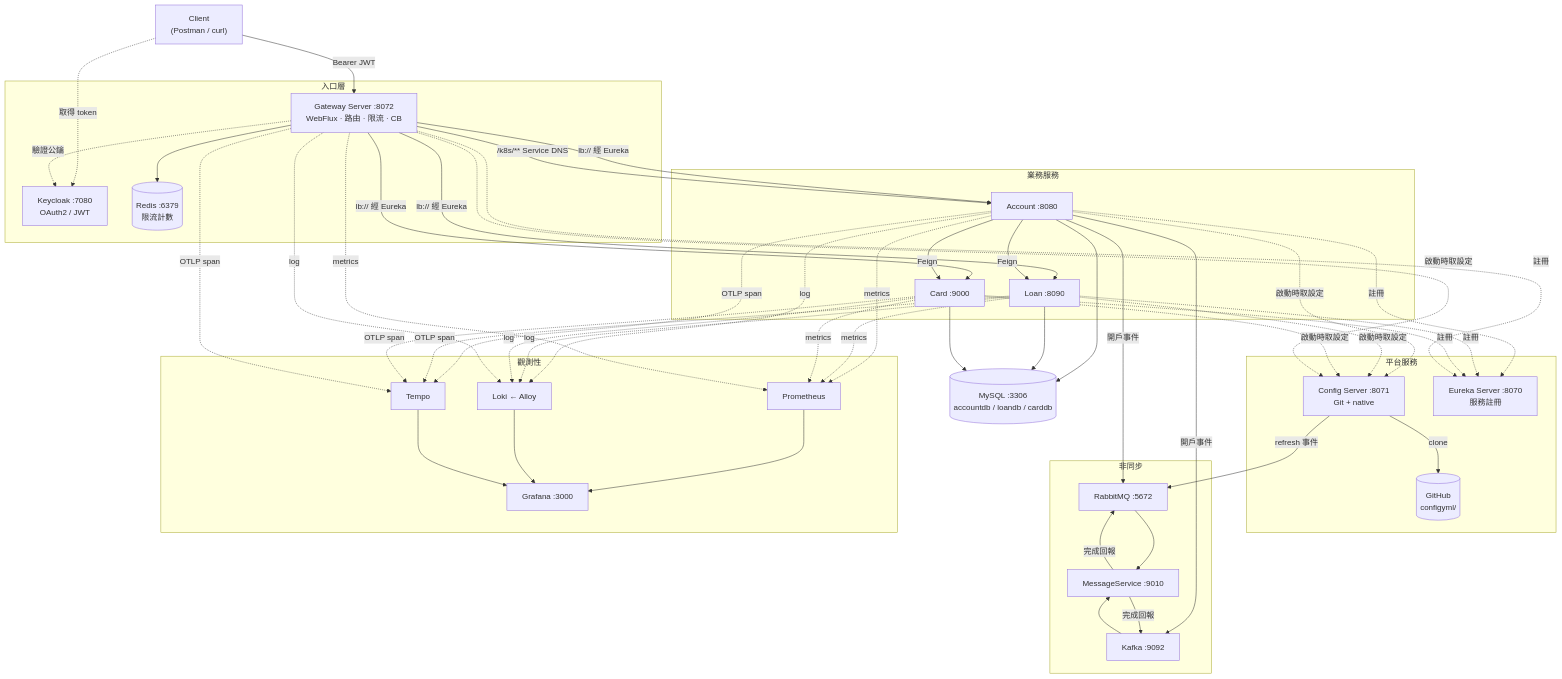
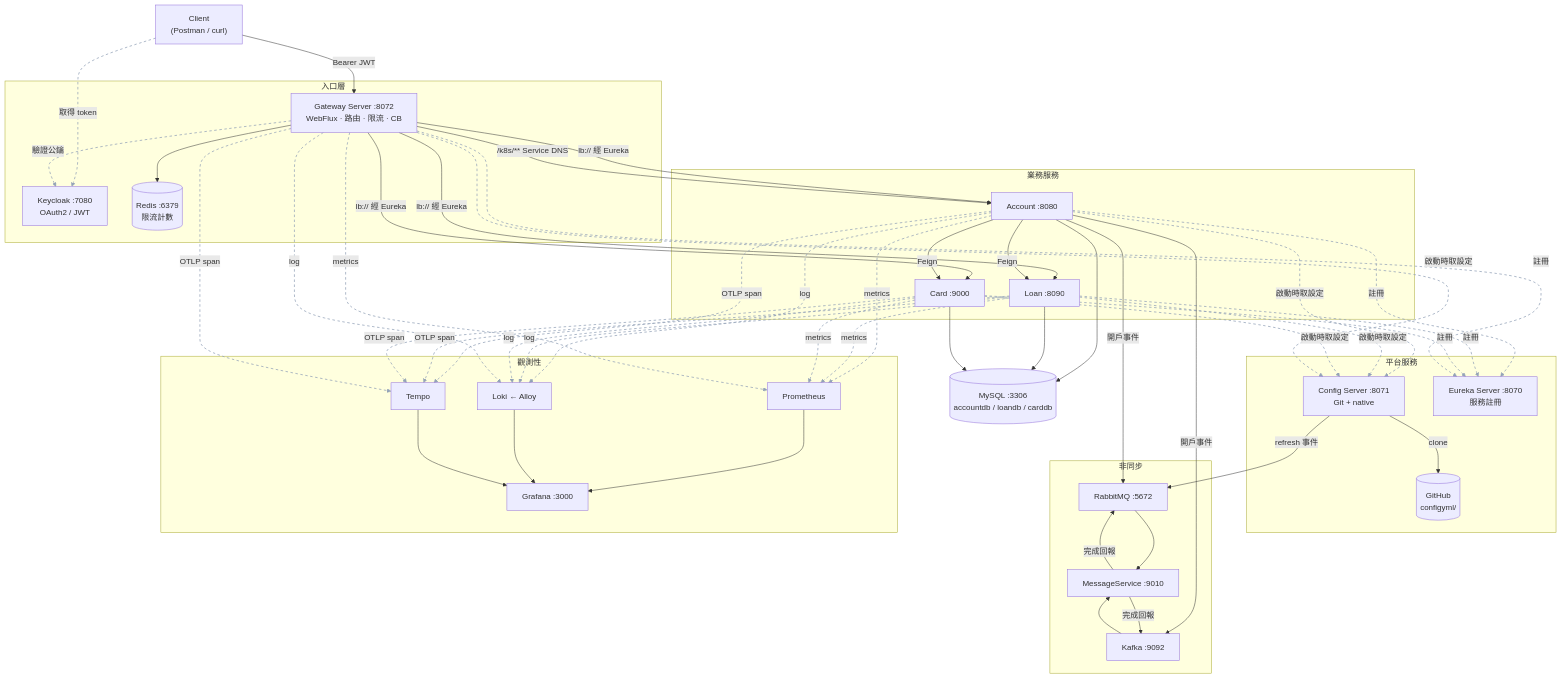
The first of 4 diagrams in README.md (tonysk0210/springboot-microservices), drawn with Mermaid before and after one commit. The commit also changed other lines of this file, not shown here.

````diff
--- a/README.md
+++ b/README.md
@@ -97,62 +97,69 @@
 ```mermaid
 flowchart TB
     Client["Client<br/>(Postman / curl)"]
 
     subgraph Edge["入口層"]
         KC["Keycloak :7080<br/>OAuth2 / JWT"]
         GW["Gateway Server :8072<br/>WebFlux · 路由 · 限流 · CB"]
         Redis[("Redis :6379<br/>限流計數")]
     end
 
     subgraph Platform["平台服務"]
         CS["Config Server :8071<br/>Git + native"]
         EU["Eureka Server :8070<br/>服務註冊"]
         Git[("GitHub<br/>configyml/")]
     end
 
     subgraph Biz["業務服務"]
         ACC["Account :8080"]
         LOAN["Loan :8090"]
         CARD["Card :9000"]
     end
 
     subgraph Msg["非同步"]
         RMQ["RabbitMQ :5672"]
         KFK["Kafka :9092"]
         MS["MessageService :9010"]
     end
 
     DB[("MySQL :3306<br/>accountdb / loandb / carddb")]
 
     subgraph Obs["觀測性"]
         PROM["Prometheus"]
         LOKI["Loki ← Alloy"]
         TEMPO["Tempo"]
         GRAF["Grafana :3000"]
     end
 
     Client -->|Bearer JWT| GW
     Client -.取得 token.-> KC
     GW -.驗證公鑰.-> KC
     GW --> Redis
     GW -->|lb:// 經 Eureka| ACC & LOAN & CARD
     GW -->|/k8s/** Service DNS| ACC
 
     ACC -->|Feign| LOAN
     ACC -->|Feign| CARD
     ACC & LOAN & CARD --> DB
 
     CS -->|clone| Git
     ACC & LOAN & CARD & GW -.啟動時取設定.-> CS
     CS -->|refresh 事件| RMQ
     ACC & LOAN & CARD & GW -.註冊.-> EU
 
     ACC -->|開戶事件| RMQ --> MS
     ACC -->|開戶事件| KFK --> MS
     MS -->|完成回報| RMQ & KFK
 
     ACC & LOAN & CARD & GW -.metrics.-> PROM
     ACC & LOAN & CARD & GW -.OTLP span.-> TEMPO
     ACC & LOAN & CARD & GW -.log.-> LOKI
     PROM & LOKI & TEMPO --> GRAF
+
+    %% 灰色虛線 = 控制面流量（取 token、驗證公鑰、啟動取設定、註冊、觀測性上報）
+    %% 只靠線型會被交錯的實線蓋住，所以額外上色區分
+    %% 注意：linkStyle 用的是「邊的宣告順序索引」，上面新增或刪除任何一條邊都要重算
+    linkStyle 1,2 stroke:#94a3b8,stroke-width:1.5px,stroke-dasharray:5 5
+    linkStyle 14,15,16,17,19,20,21,22 stroke:#94a3b8,stroke-width:1.5px,stroke-dasharray:5 5
+    linkStyle 29,30,31,32,33,34,35,36,37,38,39,40 stroke:#94a3b8,stroke-width:1.5px,stroke-dasharray:5 5
 ```
````
